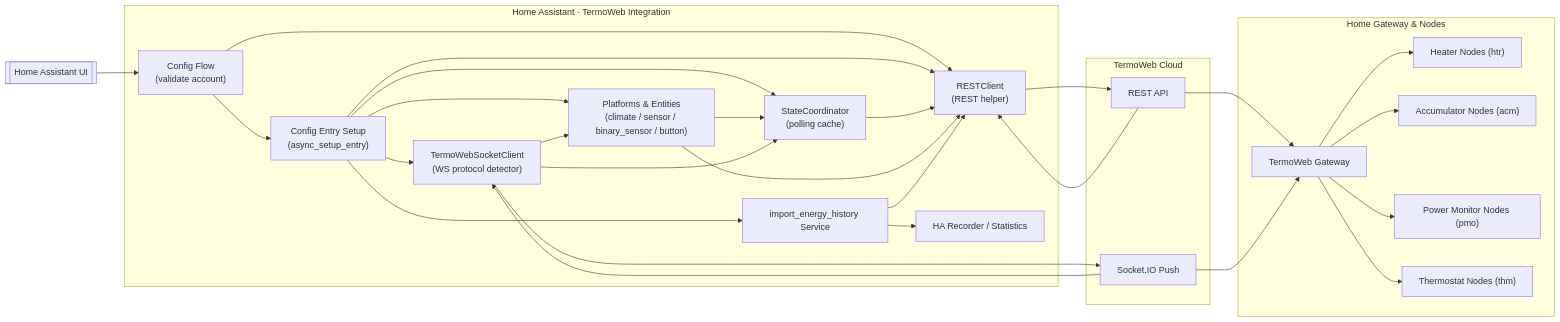
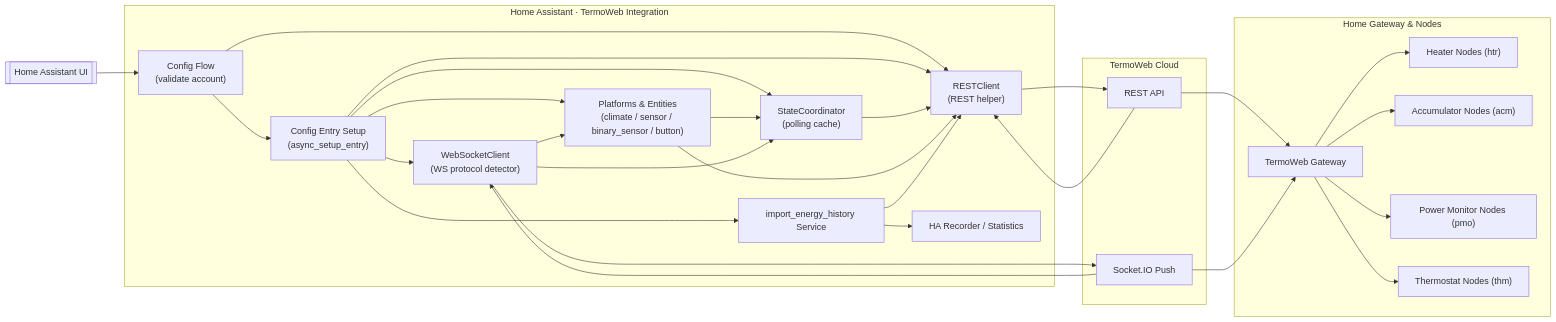
One commit to ha-termoweb/ha-termoweb changed the first of 2 diagrams in docs/architecture.md. Above: the diagram before and after it, drawn with Mermaid. The commit also changed other lines of this file and 7 other files, not shown here.

````diff
--- a/docs/architecture.md
+++ b/docs/architecture.md
@@ -18,57 +18,57 @@
 ```mermaid
 flowchart LR
     User[[Home Assistant UI]]
 
     subgraph HA[Home Assistant · TermoWeb Integration]
         CF["Config Flow\n(validate account)"]
         Setup["Config Entry Setup\n(async_setup_entry)"]
         Client["RESTClient\n(REST helper)"]
         Coord["StateCoordinator\n(polling cache)"]
         Entities["Platforms & Entities\n(climate / sensor / binary_sensor / button)"]
-    WS["TermoWebSocketClient\n(WS protocol detector)"]
+    WS["WebSocketClient\n(WS protocol detector)"]
         Service[import_energy_history Service]
         Recorder[HA Recorder / Statistics]
     end
 
     subgraph Cloud[TermoWeb Cloud]
         REST[REST API]
         Socket[Socket.IO Push]
     end
 
     subgraph Field[Home Gateway & Nodes]
         Gateway[TermoWeb Gateway]
         Htr["Heater Nodes (htr)"]
         Acm["Accumulator Nodes (acm)"]
         Pmo["Power Monitor Nodes (pmo)"]
         Thm["Thermostat Nodes (thm)"]
     end
 
     User --> CF
     CF --> Client
     CF --> Setup
     Setup --> Client
     Setup --> Coord
     Setup --> WS
     Setup --> Entities
     Setup --> Service
 
     Coord --> Client
     Client --> REST
     REST --> Client
     Entities --> Coord
     Entities --> Client
     WS --> Socket
     Socket --> WS
     WS --> Coord
     WS --> Entities
 
     Service --> Client
     Service --> Recorder
 
     REST --> Gateway
     Socket --> Gateway
     Gateway --> Htr
     Gateway --> Acm
     Gateway --> Pmo
     Gateway --> Thm
 ```
````
